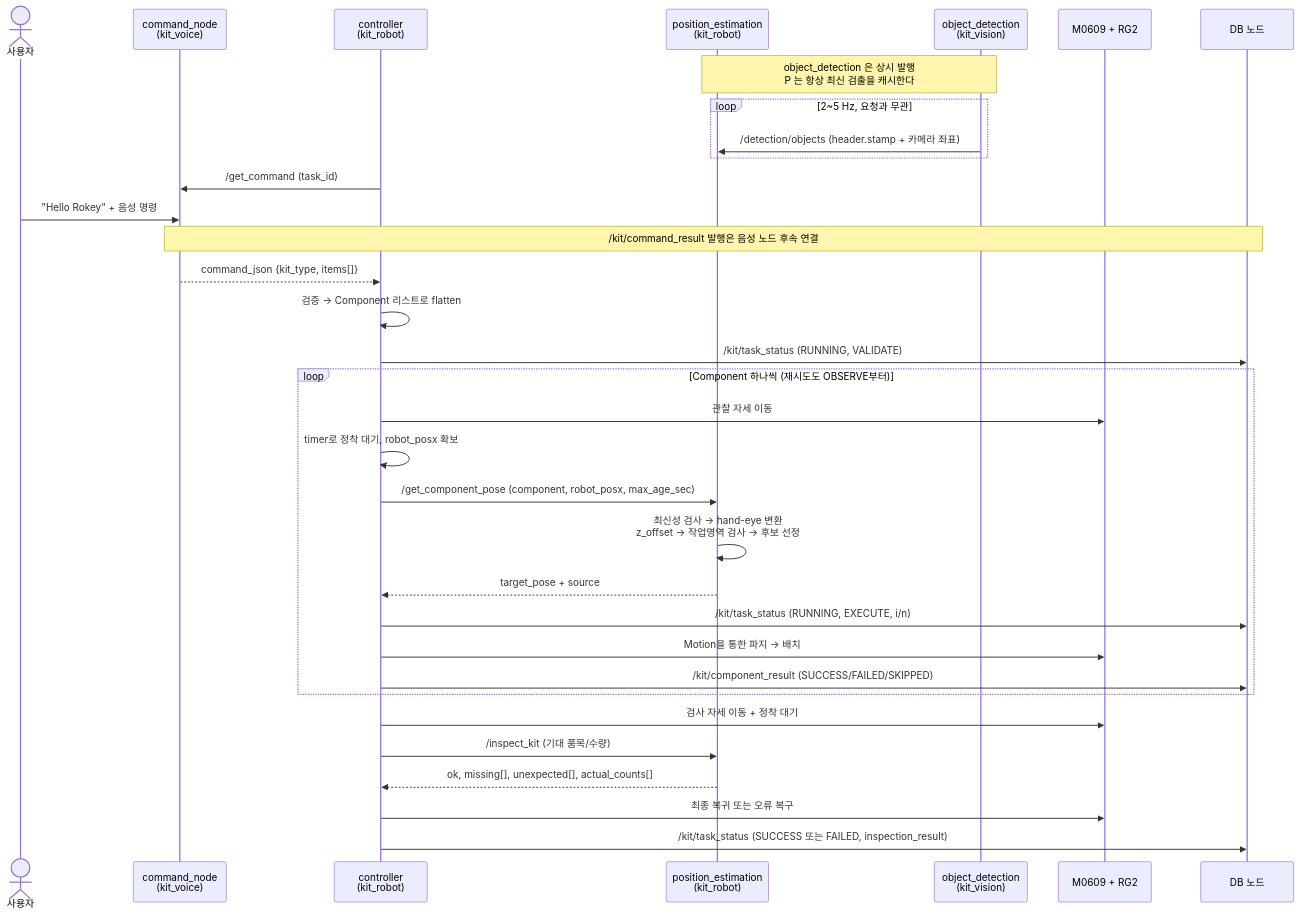
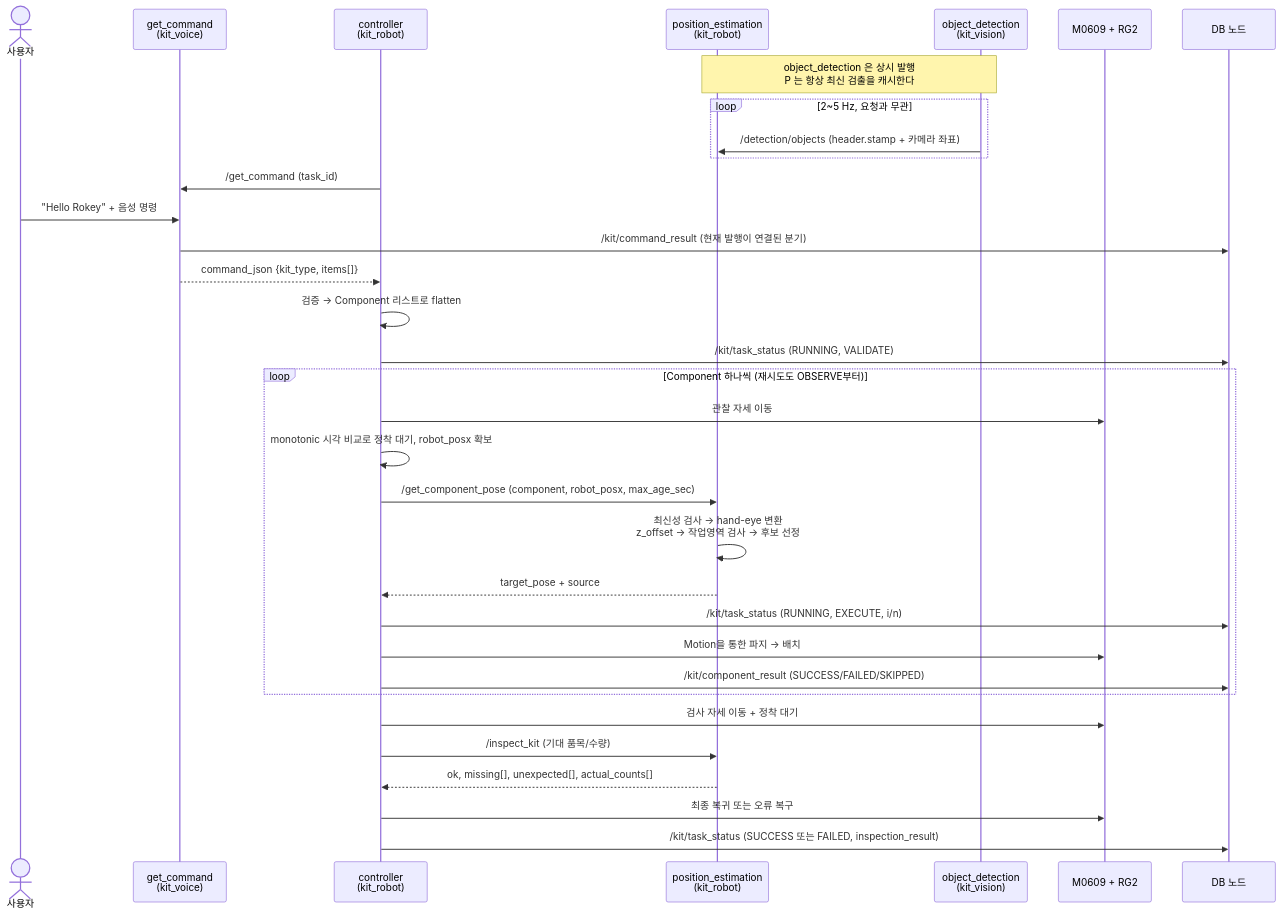
The first of 2 diagrams in docs/03-system-flow.md (mi1nn/Project2-ROS2-VLA), drawn with Mermaid before and after one commit. The commit also changed other lines of this file and 14 other files, not shown here.

````diff
--- a/docs/03-system-flow.md
+++ b/docs/03-system-flow.md
@@ -12,39 +12,39 @@
 ```mermaid
 sequenceDiagram
     actor U as 사용자
-    participant V as command_node<br/>(kit_voice)
+    participant V as get_command<br/>(kit_voice)
     participant C as controller<br/>(kit_robot)
     participant P as position_estimation<br/>(kit_robot)
     participant D as object_detection<br/>(kit_vision)
     participant R as M0609 + RG2
     participant DB as DB 노드
 
     Note over D,P: object_detection 은 상시 발행<br/>P 는 항상 최신 검출을 캐시한다
     loop 2~5 Hz, 요청과 무관
         D->>P: /detection/objects (header.stamp + 카메라 좌표)
     end
 
     C->>V: /get_command (task_id)
     U->>V: "Hello Rokey" + 음성 명령
-    Note over V,DB: /kit/command_result 발행은 음성 노드 후속 연결
+    V->>DB: /kit/command_result (현재 발행이 연결된 분기)
     V-->>C: command_json {kit_type, items[]}
     C->>C: 검증 → Component 리스트로 flatten
     C->>DB: /kit/task_status (RUNNING, VALIDATE)
 
     loop Component 하나씩 (재시도도 OBSERVE부터)
         C->>R: 관찰 자세 이동
-        C->>C: timer로 정착 대기, robot_posx 확보
+        C->>C: monotonic 시각 비교로 정착 대기, robot_posx 확보
         C->>P: /get_component_pose (component, robot_posx, max_age_sec)
         P->>P: 최신성 검사 → hand-eye 변환<br/>z_offset → 작업영역 검사 → 후보 선정
         P-->>C: target_pose + source
         C->>DB: /kit/task_status (RUNNING, EXECUTE, i/n)
         C->>R: Motion을 통한 파지 → 배치
         C->>DB: /kit/component_result (SUCCESS/FAILED/SKIPPED)
     end
 
     C->>R: 검사 자세 이동 + 정착 대기
     C->>P: /inspect_kit (기대 품목/수량)
     P-->>C: ok, missing[], unexpected[], actual_counts[]
     C->>R: 최종 복귀 또는 오류 복구
     C->>DB: /kit/task_status (SUCCESS 또는 FAILED, inspection_result)
 ```
````
